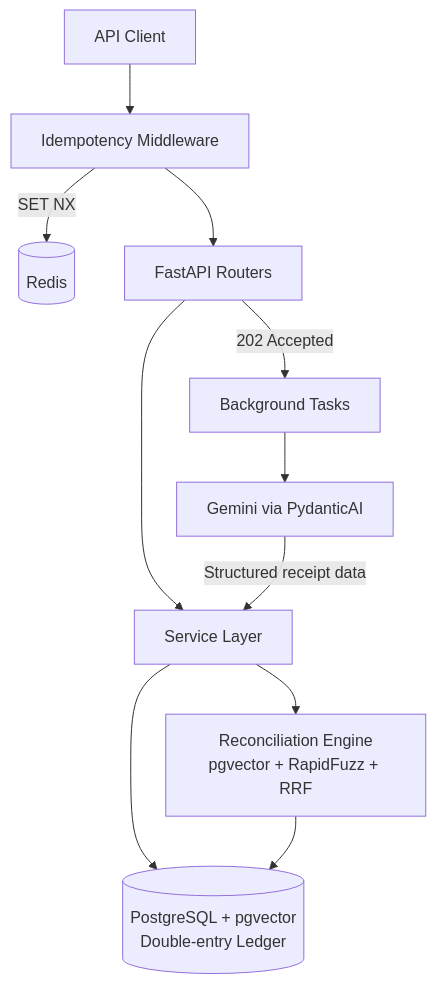
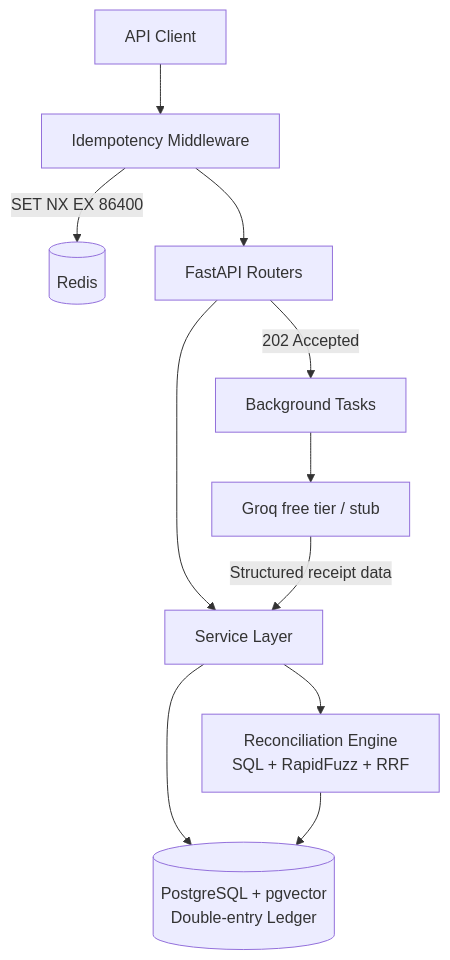
One commit to ikrame-ih/reckon-flow changed the diagram in README.md. Above: the diagram before and after it, drawn with Mermaid. The commit also changed other lines of this file and 71 other files, not shown here.

````diff
--- a/README.md
+++ b/README.md
@@ -23,13 +24,13 @@
 ```mermaid
 flowchart TD
   Client[API Client] --> MW[Idempotency Middleware]
-  MW -->|"SET NX"| Redis[(Redis)]
+  MW -->|"SET NX EX 86400"| Redis[(Redis)]
   MW --> Routers[FastAPI Routers]
   Routers --> Services[Service Layer]
   Services --> PG[("PostgreSQL + pgvector<br/>Double-entry Ledger")]
   Routers -->|"202 Accepted"| BG[Background Tasks]
-  BG --> LLM[Gemini via PydanticAI]
+  BG --> LLM[Groq free tier / stub]
   LLM -->|Structured receipt data| Services
-  Services --> Recon[Reconciliation Engine<br/>pgvector + RapidFuzz + RRF]
+  Services --> Recon[Reconciliation Engine<br/>SQL + RapidFuzz + RRF]
   Recon --> PG
 ```
````
